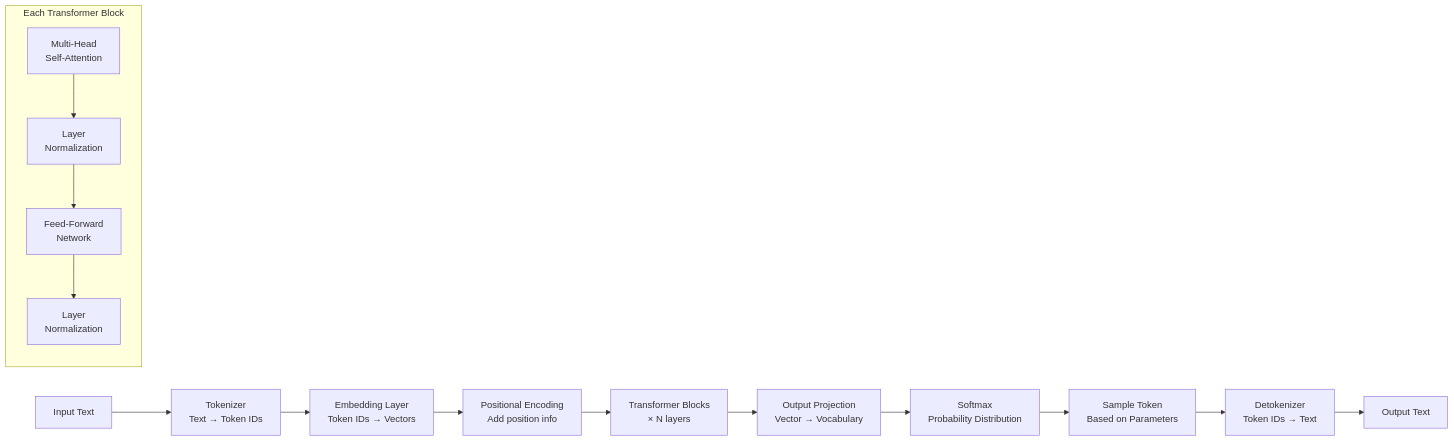
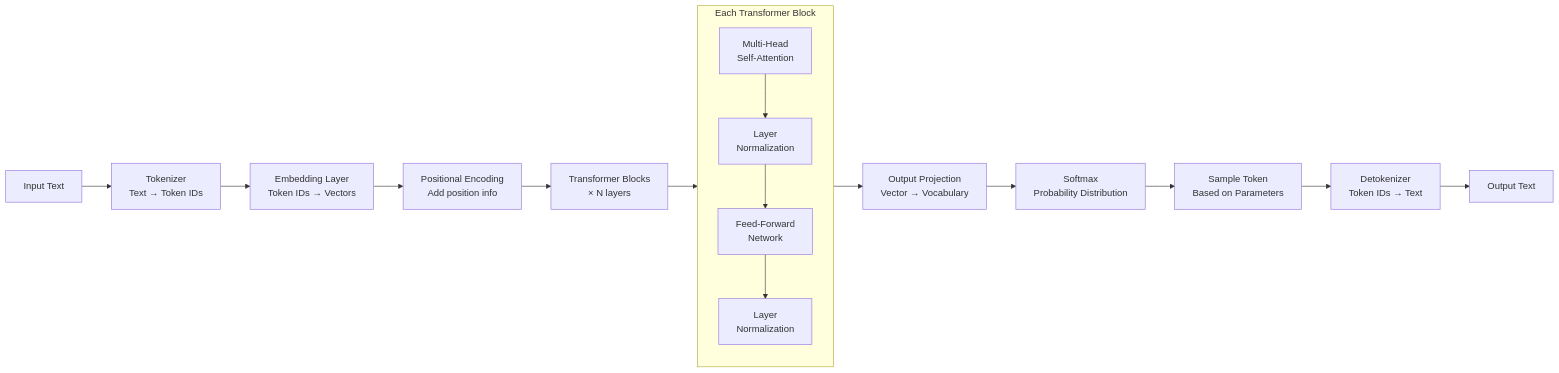
The fourth of 12 diagrams in docs/GenAI-Foundations.md (frootai/frootai), drawn with Mermaid before and after one commit. The commit also changed other lines of this file and 15 other files, not shown here.

Commit message:
docs: harden learning module diagrams

````diff
--- a/docs/GenAI-Foundations.md
+++ b/docs/GenAI-Foundations.md
@@ -343,22 +344,23 @@
 ```mermaid
 graph LR
     A["Input Text"] --> B["Tokenizer<br/>Text → Token IDs"]
     B --> C["Embedding Layer<br/>Token IDs → Vectors"]
     C --> D["Positional Encoding<br/>Add position info"]
     D --> E["Transformer Blocks<br/>× N layers"]
 
     subgraph TB ["Each Transformer Block"]
         direction TB
         F["Multi-Head<br/>Self-Attention"]
         G["Layer<br/>Normalization"]
         H["Feed-Forward<br/>Network"]
         I["Layer<br/>Normalization"]
         F --> G --> H --> I
     end
 
-    E --> J["Output Projection<br/>Vector → Vocabulary"]
+    E --> F
+    I --> J["Output Projection<br/>Vector → Vocabulary"]
     J --> K["Softmax<br/>Probability Distribution"]
     K --> L["Sample Token<br/>Based on Parameters"]
     L --> M["Detokenizer<br/>Token IDs → Text"]
     M --> N["Output Text"]
 ```
````
